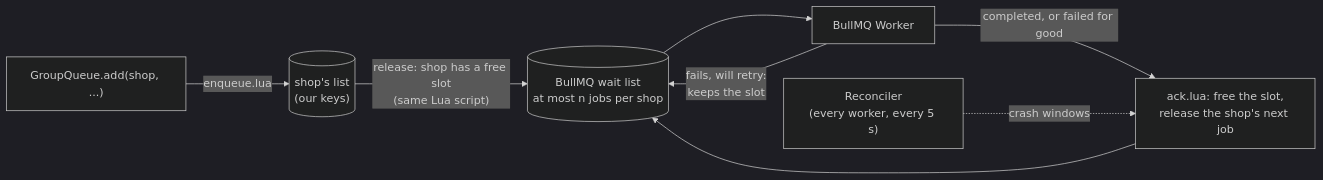
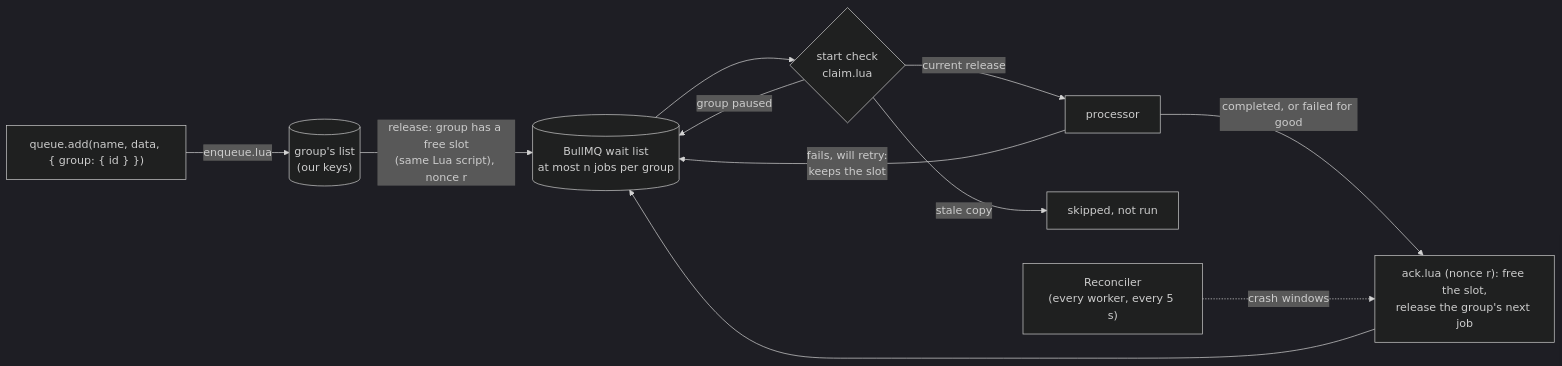
One commit to SauravChauhan24/bullmq-groups-poc changed the diagram in README.md. Above: the diagram before and after it, drawn with Mermaid (dark theme). The commit also changed other lines of this file and 76 other files, not shown here.

````diff
--- a/README.md
+++ b/README.md
@@ -33,10 +147,13 @@
 ```mermaid
 flowchart LR
-  add["GroupQueue.add(shop, ...)"] -->|enqueue.lua| list[("shop's list<br/>(our keys)")]
-  list -->|"release: shop has a free slot<br/>(same Lua script)"| wait[("BullMQ wait list<br/>at most n jobs per shop")]
-  wait --> worker["BullMQ Worker"]
-  worker -->|"fails, will retry:<br/>keeps the slot"| wait
-  worker -->|"completed, or failed for good"| ack["ack.lua: free the slot,<br/>release the shop's next job"]
+  add["queue.add(name, data, { group: { id } })"] -->|enqueue.lua| list[("group's list<br/>(our keys)")]
+  list -->|"release: group has a free slot<br/>(same Lua script), nonce r"| wait[("BullMQ wait list<br/>at most n jobs per group")]
+  wait --> check{"start check<br/>claim.lua"}
+  check -->|"current release"| run["processor"]
+  check -->|"stale copy"| skip["skipped, not run"]
+  check -->|"group paused"| wait
+  run -->|"fails, will retry:<br/>keeps the slot"| wait
+  run -->|"completed, or failed for good"| ack["ack.lua (nonce r): free the slot,<br/>release the group's next job"]
   ack --> wait
   rec["Reconciler<br/>(every worker, every 5 s)"] -.->|crash windows| ack
 ```
````
